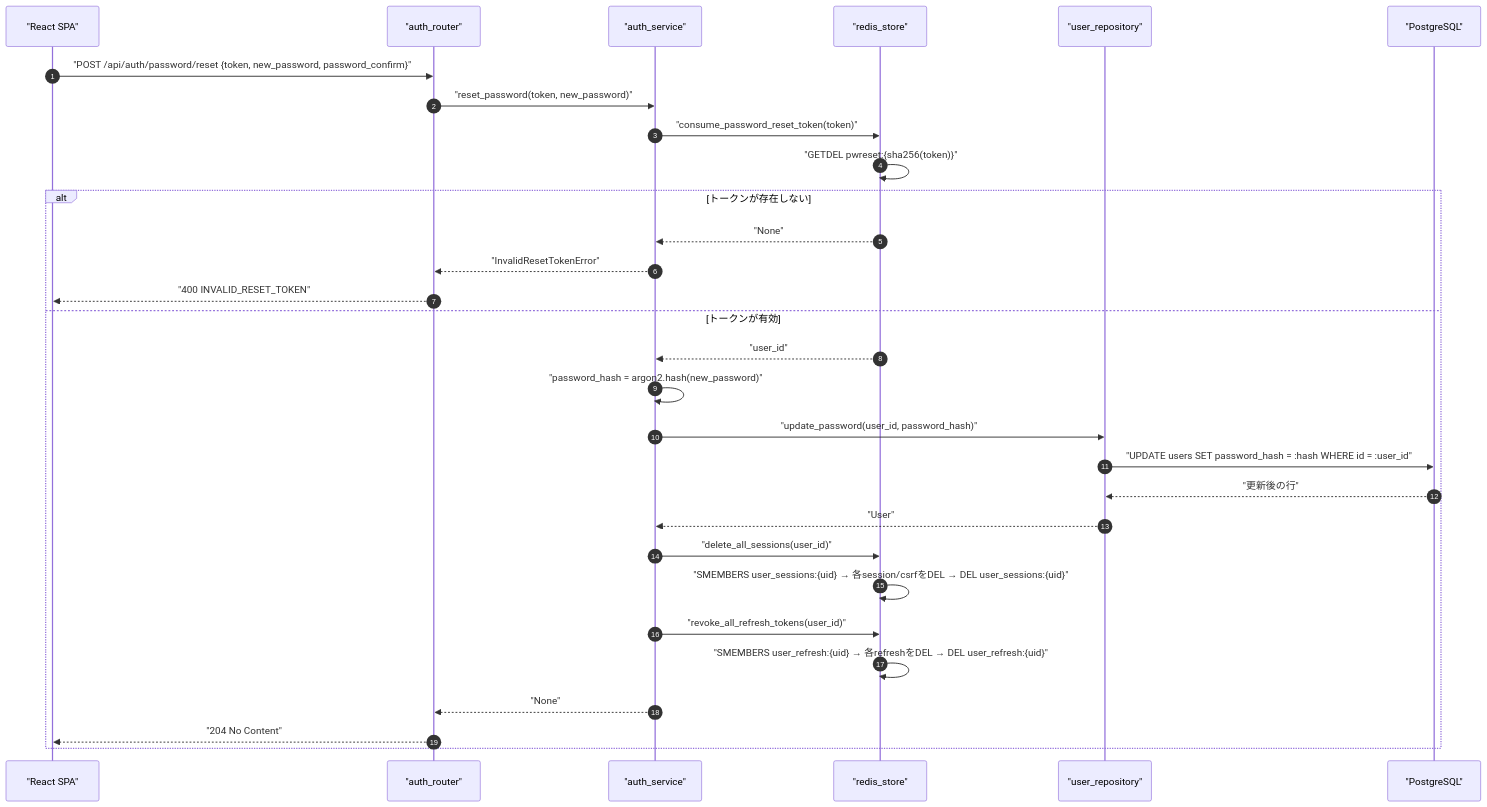
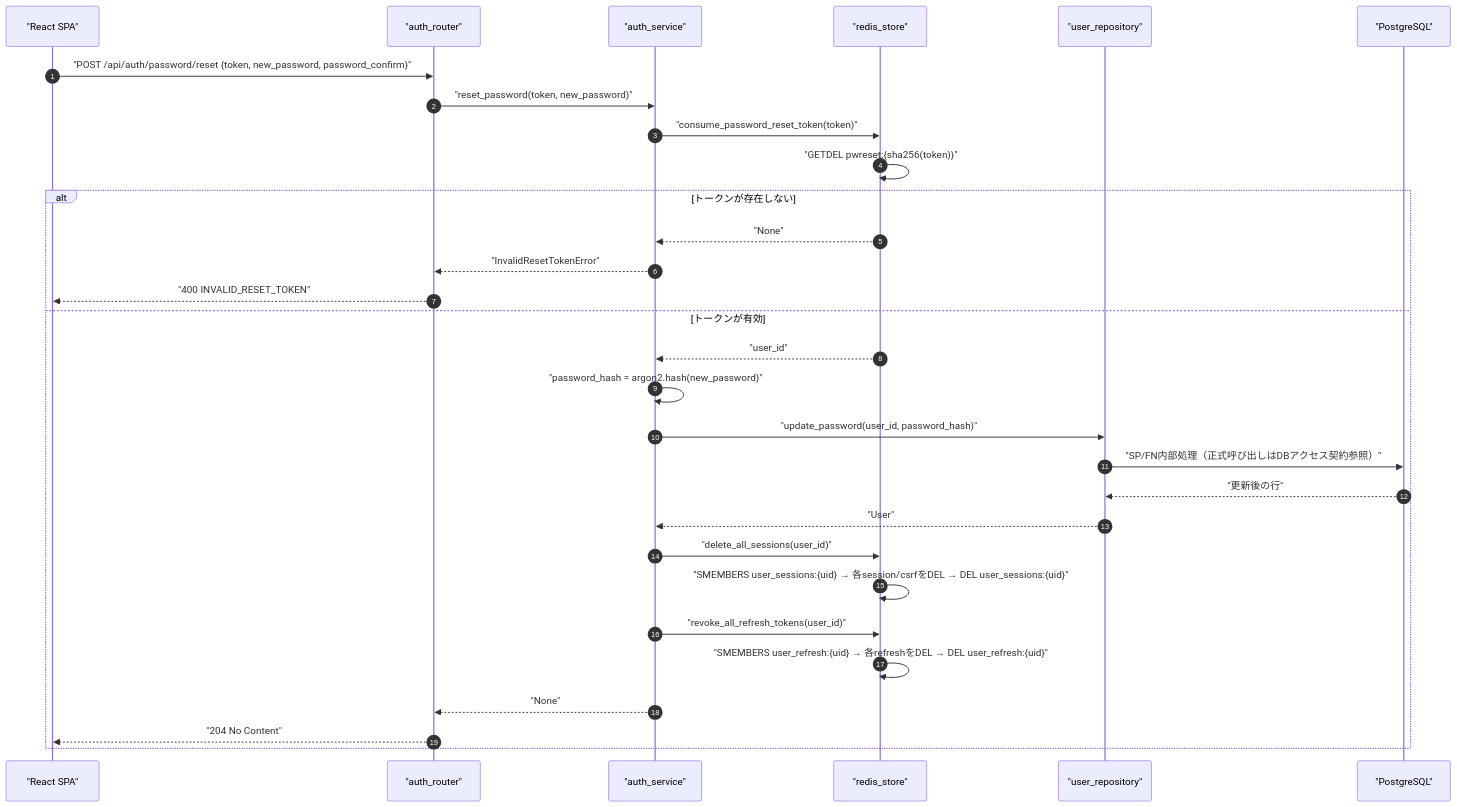
One commit to oikawa-d/task_management changed the first of 4 diagrams in detailed_design/api/auth/10_post_auth_password_reset.md. Above: the diagram before and after it, drawn with Mermaid. The commit also changed other lines of this file and 58 other files, not shown here.

````diff
--- a/detailed_design/api/auth/10_post_auth_password_reset.md
+++ b/detailed_design/api/auth/10_post_auth_password_reset.md
@@ -88,33 +88,33 @@
 ```mermaid
 sequenceDiagram
     autonumber
     participant FE as "React SPA"
     participant R as "auth_router"
     participant S as "auth_service"
     participant RD as "redis_store"
     participant UR as "user_repository"
     participant PG as "PostgreSQL"
 
     FE->>R: "POST /api/auth/password/reset {token, new_password, password_confirm}"
     R->>S: "reset_password(token, new_password)"
     S->>RD: "consume_password_reset_token(token)"
     RD->>RD: "GETDEL pwreset:{sha256(token)}"
     alt トークンが存在しない
         RD-->>S: "None"
         S-->>R: "InvalidResetTokenError"
         R-->>FE: "400 INVALID_RESET_TOKEN"
     else トークンが有効
         RD-->>S: "user_id"
         S->>S: "password_hash = argon2.hash(new_password)"
         S->>UR: "update_password(user_id, password_hash)"
-        UR->>PG: "UPDATE users SET password_hash = :hash WHERE id = :user_id"
+        UR->>PG: "SP/FN内部処理（正式呼び出しはDBアクセス契約参照）"
         PG-->>UR: "更新後の行"
         UR-->>S: "User"
         S->>RD: "delete_all_sessions(user_id)"
         RD->>RD: "SMEMBERS user_sessions:{uid} → 各session/csrfをDEL → DEL user_sessions:{uid}"
         S->>RD: "revoke_all_refresh_tokens(user_id)"
         RD->>RD: "SMEMBERS user_refresh:{uid} → 各refreshをDEL → DEL user_refresh:{uid}"
         S-->>R: "None"
         R-->>FE: "204 No Content"
     end
 ```
````
